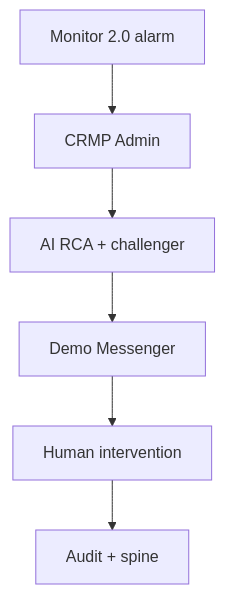
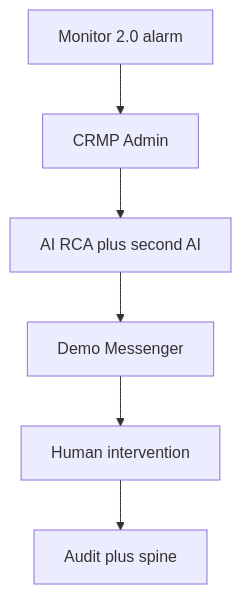
One commit to hxyan2020/PRD changed the first of 3 diagrams in platform/docs/USER_GUIDE.md. Above: the diagram before and after it, drawn with Mermaid. The commit also changed other lines of this file and 6 other files, not shown here.

````diff
--- a/platform/docs/USER_GUIDE.md
+++ b/platform/docs/USER_GUIDE.md
@@ -236,8 +29,8 @@
 ```mermaid
 graph TD
   Monitor[Monitor 2.0 alarm] --> Desk[CRMP Admin]
-  Desk --> AI[AI RCA + challenger]
+  Desk --> AI[AI RCA plus second AI]
   AI --> Msg[Demo Messenger]
   Msg --> Human[Human intervention]
-  Human --> Audit[Audit + spine]
+  Human --> Audit[Audit plus spine]
 ```
````
